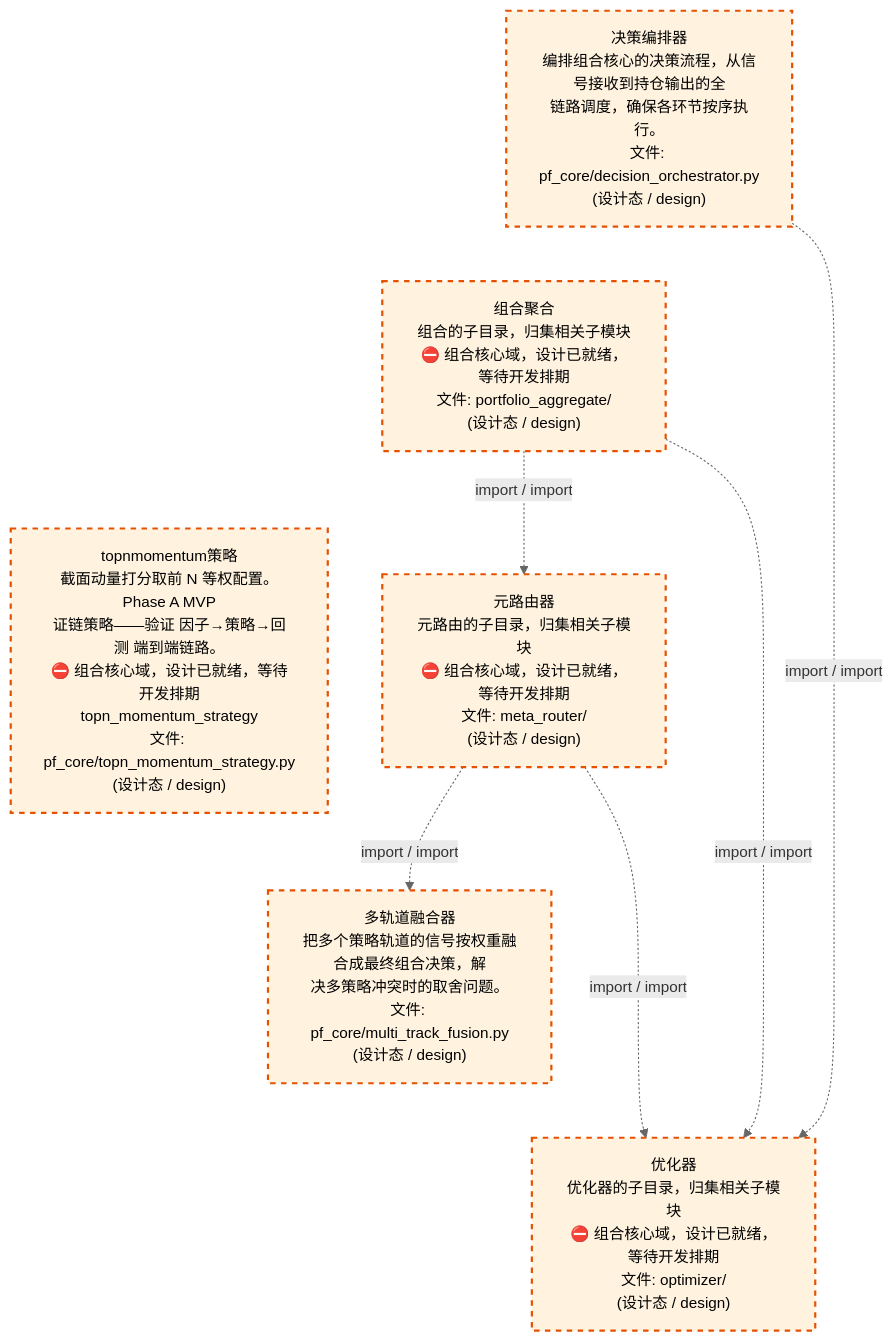
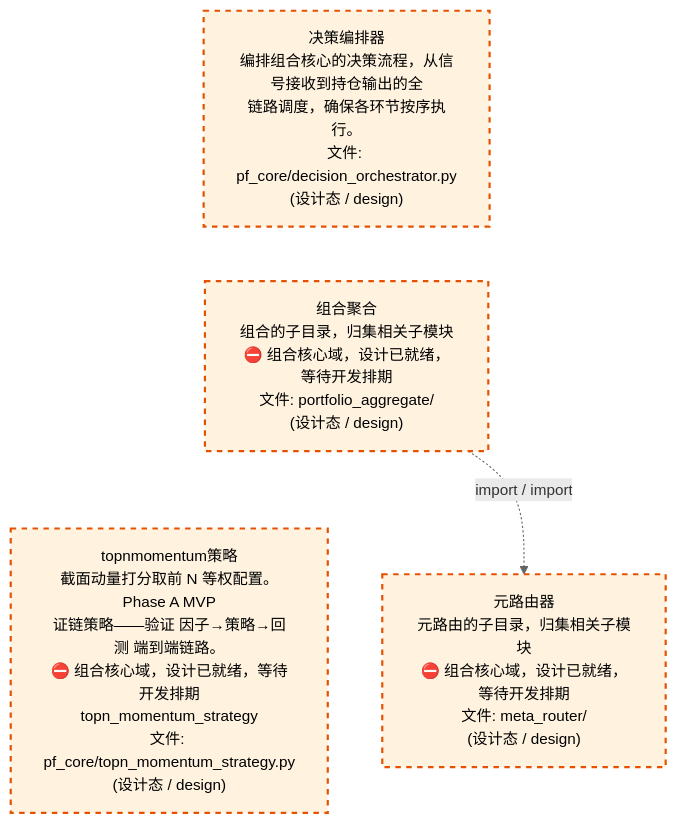
One commit to xuanFelixVan/ZephyrAlpha changed the third of 4 diagrams in docs/02_enterprise_architecture/02_domain_architecture_docs/63_d_pf_core.md. Above: the diagram before and after it, drawn with Mermaid. The commit also changed other lines of this file and 48 other files, not shown here.

````diff
--- a/docs/02_enterprise_architecture/02_domain_architecture_docs/63_d_pf_core.md
+++ b/docs/02_enterprise_architecture/02_domain_architecture_docs/63_d_pf_core.md
@@ -184,23 +188,16 @@
 ```mermaid
 %%{init: {'theme': 'base', 'themeVariables': {'primaryColor': '#eaeaea', 'primaryTextColor': '#333333', 'primaryBorderColor': '#666666', 'lineColor': '#666666', 'secondaryColor': '#eaeaea', 'tertiaryColor': '#eaeaea', 'fontSize': '14px'}}}%%
 flowchart TD
     src_zephyr_pf_core_decision_orchestrator_py["决策编排器<br/>编排组合核心的决策流程，从信号接收到持仓输出的全<br/>链路调度，确保各环节按序执行。<br/>文件: pf_core/decision_orchestrator.py<br/>(设计态 / design)"]
     src_zephyr_pf_core_portfolio_aggregate["组合聚合<br/>组合的子目录，归集相关子模块<br/>⛔ 组合核心域，设计已就绪，等待开发排期<br/>文件: portfolio_aggregate/<br/>(设计态 / design)"]
     src_zephyr_pf_core_topn_momentum_strategy_py["topnmomentum策略<br/>截面动量打分取前 N 等权配置。Phase A MVP<br/>证链策略——验证 因子→策略→回测 端到端链路。<br/>⛔ 组合核心域，设计已就绪，等待开发排期<br/>topn_momentum_strategy<br/>文件: pf_core/topn_momentum_strategy.py<br/>(设计态 / design)"]
     src_zephyr_pf_core_decision_orchestrator_py ~~~ src_zephyr_pf_core_portfolio_aggregate
     src_zephyr_pf_core_portfolio_aggregate ~~~ src_zephyr_pf_core_topn_momentum_strategy_py
     src_zephyr_pf_core_meta_router["元路由器<br/>元路由的子目录，归集相关子模块<br/>⛔ 组合核心域，设计已就绪，等待开发排期<br/>文件: meta_router/<br/>(设计态 / design)"]
-    src_zephyr_pf_core_multi_track_fusion_py["多轨道融合器<br/>把多个策略轨道的信号按权重融合成最终组合决策，解<br/>决多策略冲突时的取舍问题。<br/>文件: pf_core/multi_track_fusion.py<br/>(设计态 / design)"]
-    src_zephyr_pf_core_optimizer["优化器<br/>优化器的子目录，归集相关子模块<br/>⛔ 组合核心域，设计已就绪，等待开发排期<br/>文件: optimizer/<br/>(设计态 / design)"]
-    src_zephyr_pf_core_multi_track_fusion_py ~~~ src_zephyr_pf_core_optimizer
-    src_zephyr_pf_core_meta_router -.->|import / import| src_zephyr_pf_core_optimizer
-    src_zephyr_pf_core_meta_router -.->|import / import| src_zephyr_pf_core_multi_track_fusion_py
-    src_zephyr_pf_core_portfolio_aggregate -.->|import / import| src_zephyr_pf_core_optimizer
     src_zephyr_pf_core_portfolio_aggregate -.->|import / import| src_zephyr_pf_core_meta_router
-    src_zephyr_pf_core_decision_orchestrator_py -.->|import / import| src_zephyr_pf_core_optimizer
     classDef production fill:#e1f5fe,stroke:#01579b,stroke-width:2px,color:#000
     classDef design fill:#fff3e0,stroke:#e65100,stroke-width:2px,color:#000,stroke-dasharray: 5 5
     classDef external_prod fill:#e8f4fd,stroke:#0277bd,stroke-width:1px,color:#000
     classDef external_design fill:#fff8e7,stroke:#ef6c00,stroke-width:1px,color:#000,stroke-dasharray: 5 5
-    class src_zephyr_pf_core_decision_orchestrator_py,src_zephyr_pf_core_meta_router,src_zephyr_pf_core_multi_track_fusion_py,src_zephyr_pf_core_optimizer,src_zephyr_pf_core_portfolio_aggregate,src_zephyr_pf_core_topn_momentum_strategy_py design
+    class src_zephyr_pf_core_decision_orchestrator_py,src_zephyr_pf_core_meta_router,src_zephyr_pf_core_portfolio_aggregate,src_zephyr_pf_core_topn_momentum_strategy_py design
 ```
````
